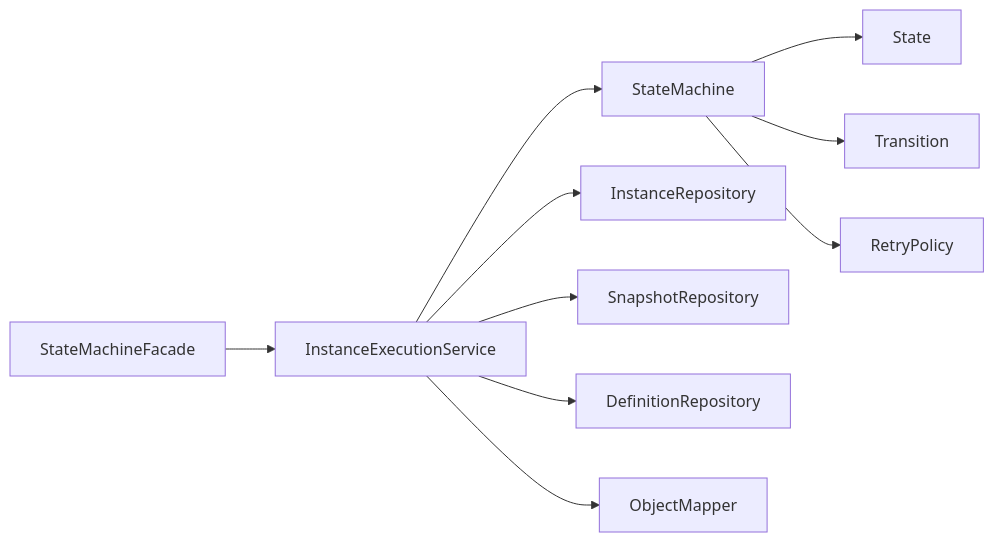
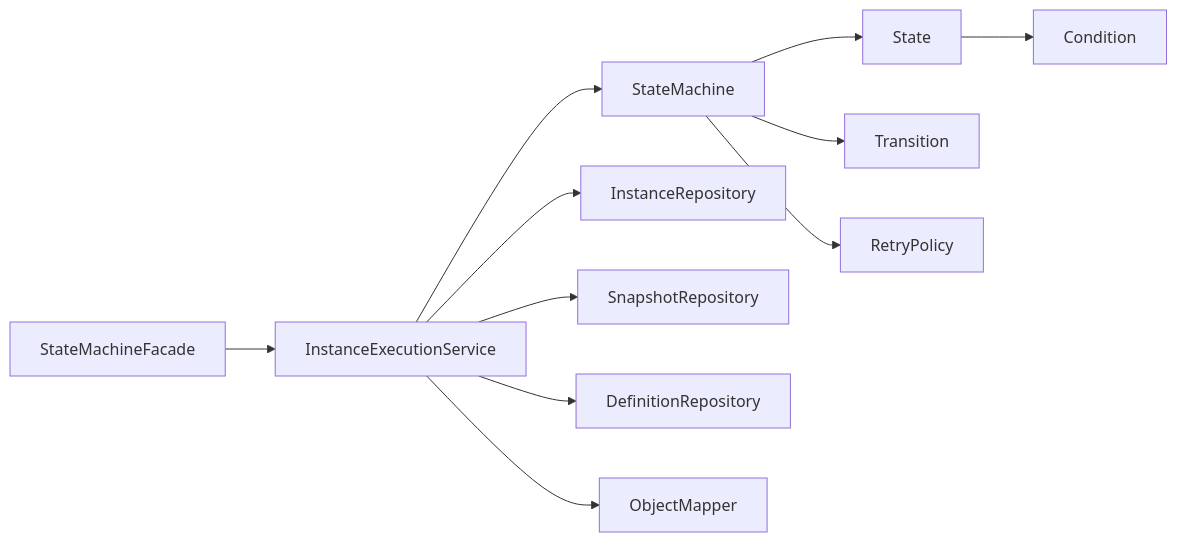
Before and after one commit to xiaoche80s-tech/state-machine-parent: the sixth of 6 diagrams in .qoder/repowiki/zh/content/执行引擎/执行引擎.md, drawn with Mermaid. The commit also changed other lines of this file and 17 other files, not shown here.

````diff
--- a/.qoder/repowiki/zh/content/执行引擎/执行引擎.md
+++ b/.qoder/repowiki/zh/content/执行引擎/执行引擎.md
@@ -345,12 +393,13 @@
 ```mermaid
 graph LR
 Facade["StateMachineFacade"] --> Svc["InstanceExecutionService"]
 Svc --> SM["StateMachine"]
 Svc --> RepoInst["InstanceRepository"]
 Svc --> RepoSnap["SnapshotRepository"]
 Svc --> RepoDef["DefinitionRepository"]
 Svc --> OM["ObjectMapper"]
 SM --> State["State"]
 SM --> Trans["Transition"]
 SM --> Retry["RetryPolicy"]
+State --> Cond["Condition"]
 ```
````
